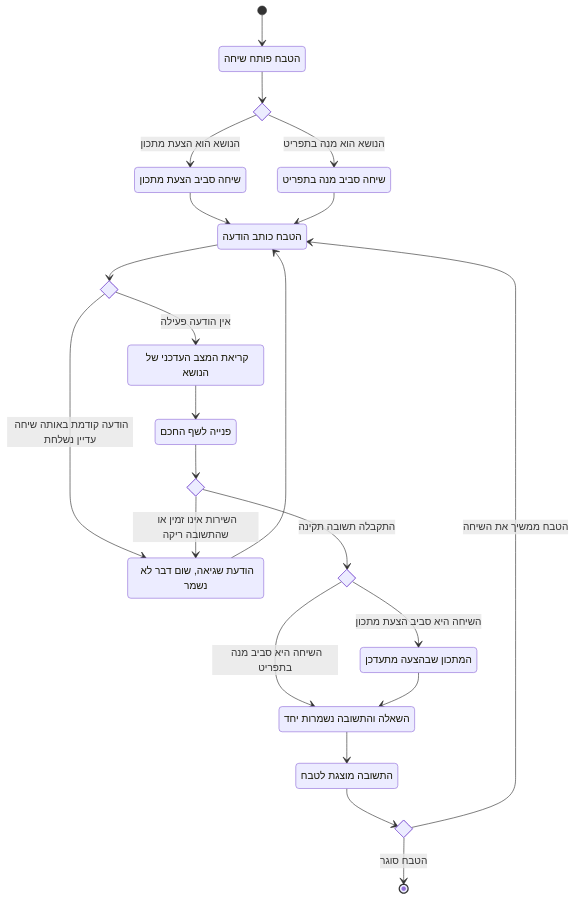
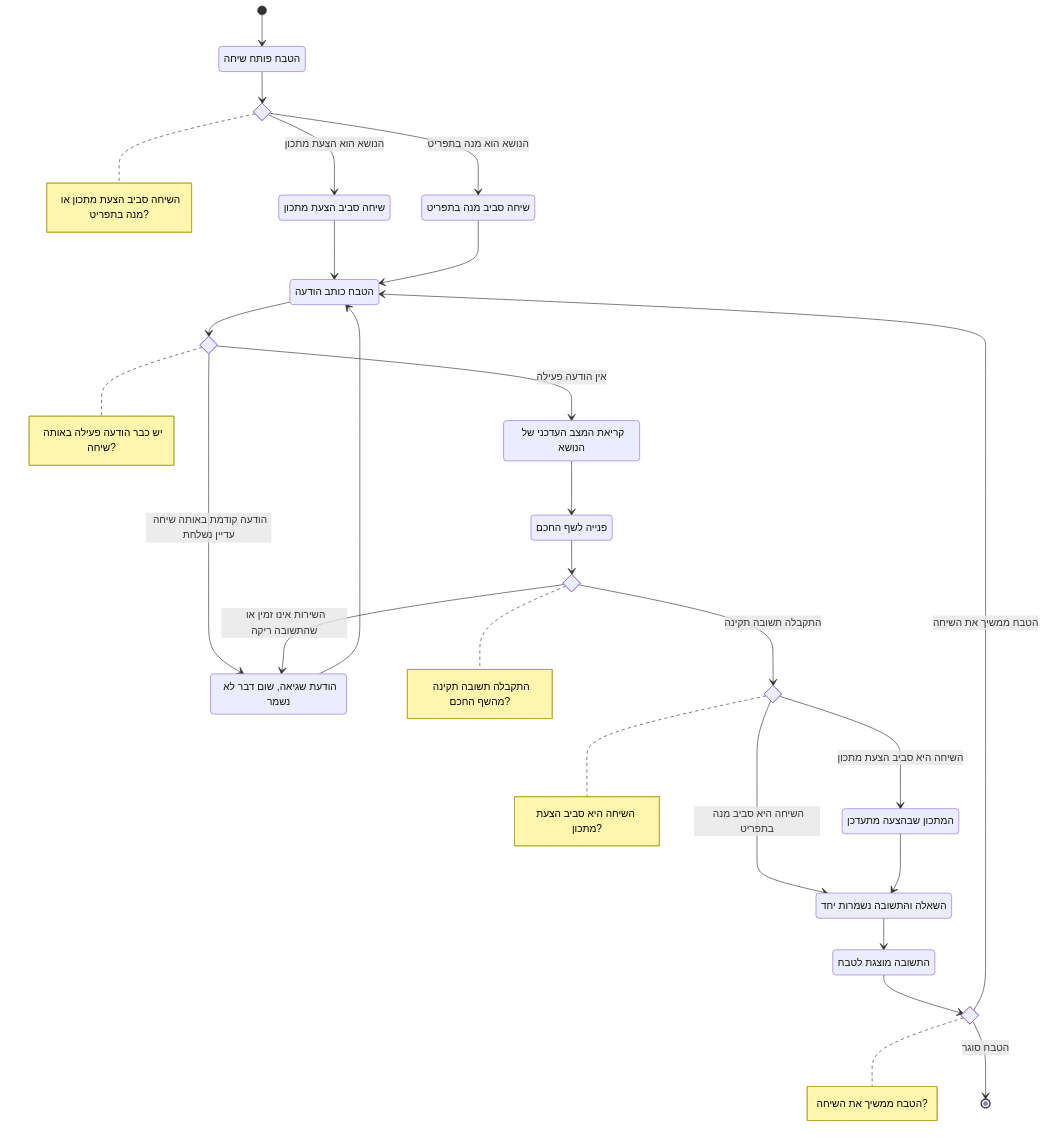
Before and after one commit to RonZaretsky/Restaurant-Kitchen-Management-System: the diagram in מסמכים/הגשה/diagrams/activity-ai-chat.md, drawn with Mermaid. The commit also changed 6 other files, not shown here.

First line of the commit message:
Add a question note to every choice diamond in the Activity diagrams

````diff
--- a/מסמכים/הגשה/diagrams/activity-ai-chat.md
+++ b/מסמכים/הגשה/diagrams/activity-ai-chat.md
@@ -3,43 +3,49 @@
 ```mermaid
 stateDiagram-v2
     direction TB
 
     state "הטבח פותח שיחה" as open
     state "שיחה סביב הצעת מתכון" as s_sug
     state "שיחה סביב מנה בתפריט" as s_dish
     state "הטבח כותב הודעה" as write
     state "קריאת המצב העדכני של הנושא" as context
     state "פנייה לשף החכם" as call
     state "הודעת שגיאה, שום דבר לא נשמר" as failed
     state "המתכון שבהצעה מתעדכן" as update
     state "השאלה והתשובה נשמרות יחד" as saved
     state "התשובה מוצגת לטבח" as shown
 
     state target <<choice>>
     state busy <<choice>>
     state ok <<choice>>
     state kind <<choice>>
     state again <<choice>>
+
+    note right of target : השיחה סביב הצעת מתכון או מנה בתפריט?
+    note right of busy : יש כבר הודעה פעילה באותה שיחה?
+    note right of ok : התקבלה תשובה תקינה מהשף החכם?
+    note right of kind : השיחה היא סביב הצעת מתכון?
+    note right of again : הטבח ממשיך את השיחה?
 
     [*] --> open
     open --> target
     target --> s_sug : הנושא הוא הצעת מתכון
     target --> s_dish : הנושא הוא מנה בתפריט
     s_sug --> write
     s_dish --> write
     write --> busy
     busy --> failed : הודעה קודמת באותה שיחה עדיין נשלחת
     busy --> context : אין הודעה פעילה
     context --> call
     call --> ok
     ok --> failed : השירות אינו זמין או שהתשובה ריקה
     ok --> kind : התקבלה תשובה תקינה
     kind --> update : השיחה היא סביב הצעת מתכון
     kind --> saved : השיחה היא סביב מנה בתפריט
     update --> saved
     saved --> shown
     shown --> again
     again --> write : הטבח ממשיך את השיחה
     again --> [*] : הטבח סוגר
     failed --> write
 ```
````
